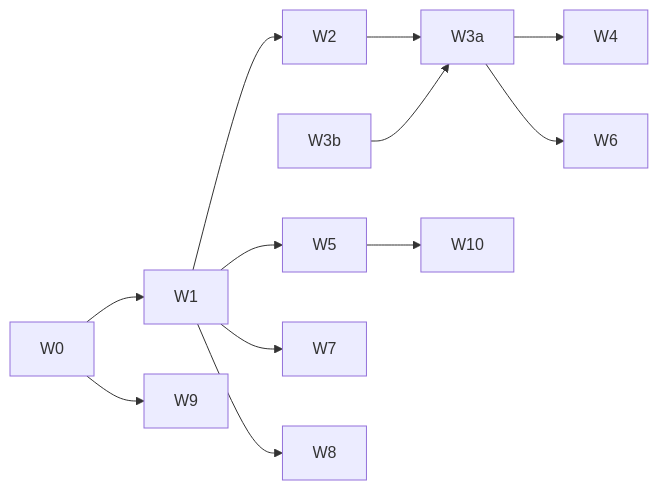
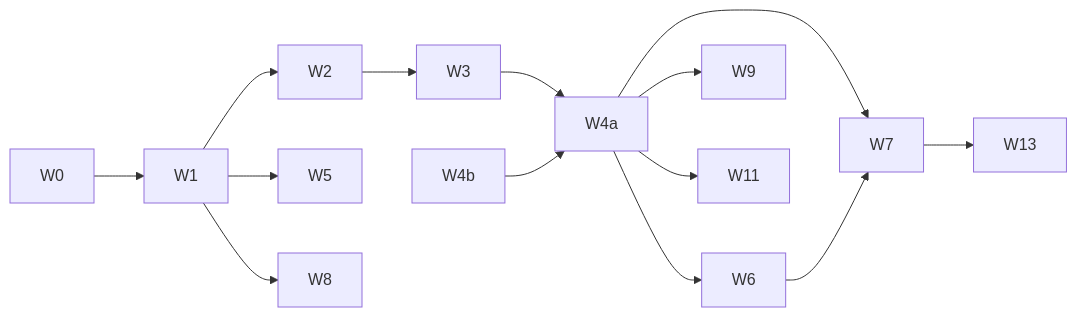
The diagram in product/prototype/mbs-web-mp/design/02-工作量与WBS.md (wangyw518/cursorweb), drawn with Mermaid before and after one commit. The commit also changed other lines of this file and 5 other files, not shown here.

````diff
--- a/product/prototype/mbs-web-mp/design/02-工作量与WBS.md
+++ b/product/prototype/mbs-web-mp/design/02-工作量与WBS.md
@@ -67,12 +75,13 @@
 ```mermaid
 flowchart LR
-  W0 --> W1 --> W2 --> W3a
-  W3b --> W3a
-  W3a --> W4
-  W3a --> W6
+  W0 --> W1 --> W2 --> W3 --> W4a
+  W4b --> W4a
+  W4a --> W6
+  W4a --> W7
   W1 --> W5
-  W1 --> W7
+  W6 --> W7
   W1 --> W8
-  W0 --> W9
-  W5 --> W10
+  W4a --> W9
+  W4a --> W11
+  W7 --> W13
 ```
````
